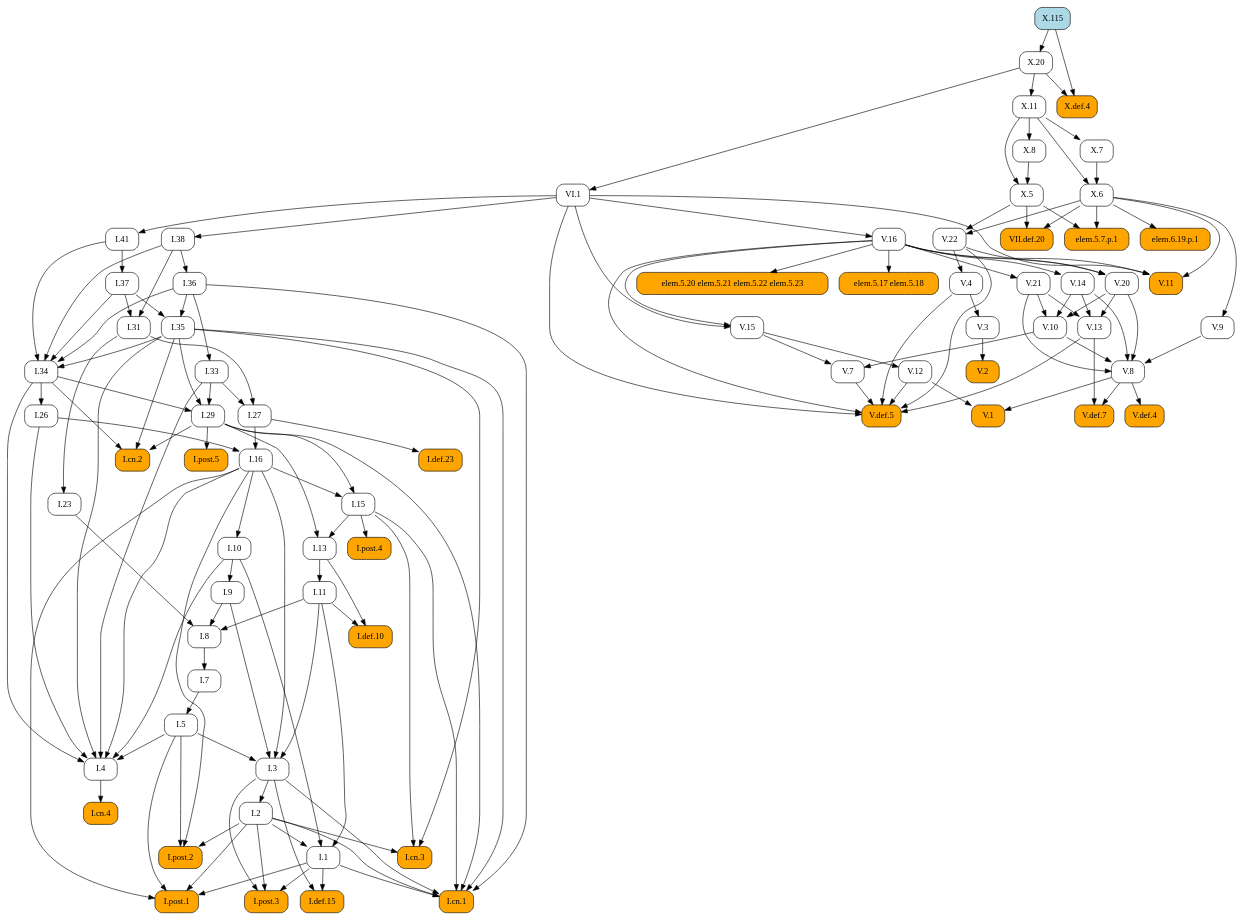
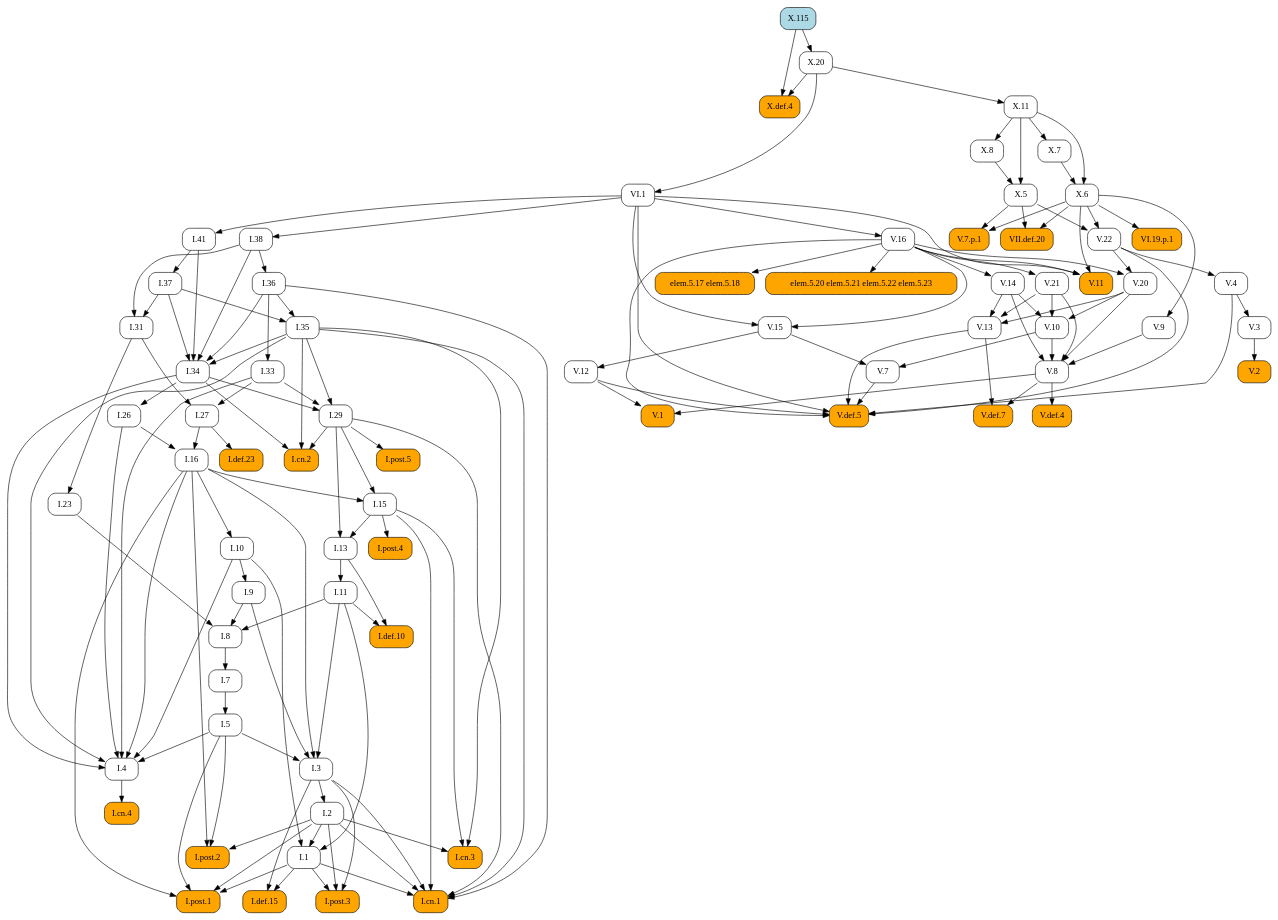
Before and after one commit to geometor/elements: the diagram in docsrc/heath/X/115/index.rst, drawn with Graphviz. The commit also changed 484 other files, not shown here.

```diff
--- a/docsrc/heath/X/115/index.rst
+++ b/docsrc/heath/X/115/index.rst
@@ -39,84 +39,167 @@
    digraph {
      rankdir="TB";
      node [shape=box, style=rounded];
+     "I.23" [URL="/heath/I/23/", target="_top"];
+     "I.9" [URL="/heath/I/9/", target="_top"];
+     "I.def.15" [style="rounded,filled", fillcolor=orange, URL="/heath/I/def.15/", target="_top"];
+     "V.13" [URL="/heath/V/13/", target="_top"];
+     "V.7" [URL="/heath/V/7/", target="_top"];
+     "elem.5.17 elem.5.18" [style="rounded,filled", fillcolor=orange];
+     "V.7.p.1" [style="rounded,filled", fillcolor=orange];
+     "I.post.1" [style="rounded,filled", fillcolor=orange, URL="/heath/I/post.1/", target="_top"];
+     "V.14" [URL="/heath/V/14/", target="_top"];
+     "X.6" [URL="/heath/X/6/", target="_top"];
+     "V.9" [URL="/heath/V/9/", target="_top"];
+     "I.31" [URL="/heath/I/31/", target="_top"];
+     "V.10" [URL="/heath/V/10/", target="_top"];
      "I.def.10" [style="rounded,filled", fillcolor=orange, URL="/heath/I/def.10/", target="_top"];
+     "V.4" [URL="/heath/V/4/", target="_top"];
+     "X.def.4" [style="rounded,filled", fillcolor=orange, URL="/heath/X/def.4/", target="_top"];
+     "VI.1" [URL="/heath/VI/1/", target="_top"];
+     "V.11" [style="rounded,filled", fillcolor=orange, URL="/heath/V/11/", target="_top"];
+     "X.20" [URL="/heath/X/20/", target="_top"];
+     "I.34" [URL="/heath/I/34/", target="_top"];
+     "VII.def.20" [style="rounded,filled", fillcolor=orange, URL="/heath/VII/def.20/", target="_top"];
+     "I.3" [URL="/heath/I/3/", target="_top"];
+     "V.def.4" [style="rounded,filled", fillcolor=orange, URL="/heath/V/def.4/", target="_top"];
+     "V.def.7" [style="rounded,filled", fillcolor=orange, URL="/heath/V/def.7/", target="_top"];
+     "V.21" [URL="/heath/V/21/", target="_top"];
+     "I.2" [URL="/heath/I/2/", target="_top"];
+     "V.3" [URL="/heath/V/3/", target="_top"];
+     "I.13" [URL="/heath/I/13/", target="_top"];
+     "I.post.4" [style="rounded,filled", fillcolor=orange, URL="/heath/I/post.4/", target="_top"];
+     "I.4" [URL="/heath/I/4/", target="_top"];
+     "I.1" [URL="/heath/I/1/", target="_top"];
+     "I.8" [URL="/heath/I/8/", target="_top"];
+     "I.29" [URL="/heath/I/29/", target="_top"];
+     "I.38" [URL="/heath/I/38/", target="_top"];
+     "V.8" [URL="/heath/V/8/", target="_top"];
+     "I.15" [URL="/heath/I/15/", target="_top"];
+     "I.10" [URL="/heath/I/10/", target="_top"];
      "I.11" [URL="/heath/I/11/", target="_top"];
-     "I.post.4" [style="rounded,filled", fillcolor=orange, URL="/heath/I/post.4/", target="_top"];
-     "I.1" [URL="/heath/I/1/", target="_top"];
+     "I.def.23" [style="rounded,filled", fillcolor=orange, URL="/heath/I/def.23/", target="_top"];
+     "I.26" [URL="/heath/I/26/", target="_top"];
+     "V.16" [URL="/heath/V/16/", target="_top"];
+     "I.33" [URL="/heath/I/33/", target="_top"];
+     "X.11" [URL="/heath/X/11/", target="_top"];
+     "X.8" [URL="/heath/X/8/", target="_top"];
+     "I.post.3" [style="rounded,filled", fillcolor=orange, URL="/heath/I/post.3/", target="_top"];
      "V.def.5" [style="rounded,filled", fillcolor=orange, URL="/heath/V/def.5/", target="_top"];
-     "V.13" [URL="/heath/V/13/", target="_top"];
-     "V.11" [style="rounded,filled", fillcolor=orange, URL="/heath/V/11/", target="_top"];
-     "I.post.3" [style="rounded,filled", fillcolor=orange, URL="/heath/I/post.3/", target="_top"];
-     "VI.1" [URL="/heath/VI/1/", target="_top"];
+     "X.115" [style="rounded,filled", fillcolor=lightblue, URL="/heath/X/115/", target="_top"];
+     "V.20" [URL="/heath/V/20/", target="_top"];
+     "I.27" [URL="/heath/I/27/", target="_top"];
+     "V.12" [URL="/heath/V/12/", target="_top"];
+     "I.35" [URL="/heath/I/35/", target="_top"];
+     "I.cn.1" [style="rounded,filled", fillcolor=orange, URL="/heath/I/cn.1/", target="_top"];
+     "V.2" [style="rounded,filled", fillcolor=orange, URL="/heath/V/2/", target="_top"];
+     "I.7" [URL="/heath/I/7/", target="_top"];
+     "I.36" [URL="/heath/I/36/", target="_top"];
+     "X.5" [URL="/heath/X/5/", target="_top"];
+     "I.5" [URL="/heath/I/5/", target="_top"];
+     "I.37" [URL="/heath/I/37/", target="_top"];
+     "VI.19.p.1" [style="rounded,filled", fillcolor=orange];
      "I.cn.3" [style="rounded,filled", fillcolor=orange, URL="/heath/I/cn.3/", target="_top"];
-     "V.16" [URL="/heath/V/16/", target="_top"];
-     "V.3" [URL="/heath/V/3/", target="_top"];
+     "I.16" [URL="/heath/I/16/", target="_top"];
      "X.7" [URL="/heath/X/7/", target="_top"];
+     "V.22" [URL="/heath/V/22/", target="_top"];
+     "V.1" [style="rounded,filled", fillcolor=orange, URL="/heath/V/1/", target="_top"];
+     "I.cn.2" [style="rounded,filled", fillcolor=orange, URL="/heath/I/cn.2/", target="_top"];
+     "I.post.5" [style="rounded,filled", fillcolor=orange, URL="/heath/I/post.5/", target="_top"];
+     "I.cn.4" [style="rounded,filled", fillcolor=orange, URL="/heath/I/cn.4/", target="_top"];
      "I.41" [URL="/heath/I/41/", target="_top"];
-     "I.36" [URL="/heath/I/36/", target="_top"];
-     "I.27" [URL="/heath/I/27/", target="_top"];
-     "V.8" [URL="/heath/V/8/", target="_top"];
-     "I.37" [URL="/heath/I/37/", target="_top"];
-     "I.34" [URL="/heath/I/34/", target="_top"];
-     "I.2" [URL="/heath/I/2/", target="_top"];
-     "I.def.23" [style="rounded,filled", fillcolor=orange, URL="/heath/I/def.23/", target="_top"];
-     "I.33" [URL="/heath/I/33/", target="_top"];
+     "V.15" [URL="/heath/V/15/", target="_top"];
      "I.post.2" [style="rounded,filled", fillcolor=orange, URL="/heath/I/post.2/", target="_top"];
      "elem.5.20 elem.5.21 elem.5.22 elem.5.23" [style="rounded,filled", fillcolor=orange];
-     "I.9" [URL="/heath/I/9/", target="_top"];
-     "X.def.4" [style="rounded,filled", fillcolor=orange, URL="/heath/X/def.4/", target="_top"];
-     "I.cn.4" [style="rounded,filled", fillcolor=orange, URL="/heath/I/cn.4/", target="_top"];
-     "V.def.4" [style="rounded,filled", fillcolor=orange, URL="/heath/V/def.4/", target="_top"];
-     "I.15" [URL="/heath/I/15/", target="_top"];
-     "I.38" [URL="/heath/I/38/", target="_top"];
-     "V.def.7" [style="rounded,filled", fillcolor=orange, URL="/heath/V/def.7/", target="_top"];
-     "X.115" [style="rounded,filled", fillcolor=lightblue, URL="/heath/X/115/", target="_top"];
-     "VII.def.20" [style="rounded,filled", fillcolor=orange, URL="/heath/VII/def.20/", target="_top"];
-     "I.5" [URL="/heath/I/5/", target="_top"];
-     "V.21" [URL="/heath/V/21/", target="_top"];
-     "I.26" [URL="/heath/I/26/", target="_top"];
-     "V.14" [URL="/heath/V/14/", target="_top"];
-     "I.29" [URL="/heath/I/29/", target="_top"];
-     "V.12" [URL="/heath/V/12/", target="_top"];
-     "V.22" [URL="/heath/V/22/", target="_top"];
-     "I.cn.2" [style="rounded,filled", fillcolor=orange, URL="/heath/I/cn.2/", target="_top"];
-     "X.6" [URL="/heath/X/6/", target="_top"];
-     "X.8" [URL="/heath/X/8/", target="_top"];
-     "V.20" [URL="/heath/V/20/", target="_top"];
-     "V.10" [URL="/heath/V/10/", target="_top"];
-     "I.def.15" [style="rounded,filled", fillcolor=orange, URL="/heath/I/def.15/", target="_top"];
-     "V.15" [URL="/heath/V/15/", target="_top"];
-     "I.cn.1" [style="rounded,filled", fillcolor=orange, URL="/heath/I/cn.1/", target="_top"];
-     "V.7" [URL="/heath/V/7/", target="_top"];
-     "V.9" [URL="/heath/V/9/", target="_top"];
-     "I.23" [URL="/heath/I/23/", target="_top"];
-     "I.post.1" [style="rounded,filled", fillcolor=orange, URL="/heath/I/post.1/", target="_top"];
-     "elem.6.19.p.1" [style="rounded,filled", fillcolor=orange];
-     "I.35" [URL="/heath/I/35/", target="_top"];
-     "I.7" [URL="/heath/I/7/", target="_top"];
-     "X.20" [URL="/heath/X/20/", target="_top"];
-     "I.3" [URL="/heath/I/3/", target="_top"];
-     "I.4" [URL="/heath/I/4/", target="_top"];
-     "I.13" [URL="/heath/I/13/", target="_top"];
-     "V.4" [URL="/heath/V/4/", target="_top"];
-     "elem.5.7.p.1" [style="rounded,filled", fillcolor=orange];
-     "I.31" [URL="/heath/I/31/", target="_top"];
-     "V.1" [style="rounded,filled", fillcolor=orange, URL="/heath/V/1/", target="_top"];
-     "I.16" [URL="/heath/I/16/", target="_top"];
-     "elem.5.17 elem.5.18" [style="rounded,filled", fillcolor=orange];
-     "X.5" [URL="/heath/X/5/", target="_top"];
-     "X.11" [URL="/heath/X/11/", target="_top"];
-     "I.8" [URL="/heath/I/8/", target="_top"];
-     "V.2" [style="rounded,filled", fillcolor=orange, URL="/heath/V/2/", target="_top"];
-     "I.post.5" [style="rounded,filled", fillcolor=orange, URL="/heath/I/post.5/", target="_top"];
-     "I.10" [URL="/heath/I/10/", target="_top"];
+     "I.31" -> "I.23";
+     "I.10" -> "I.9";
+     "I.1" -> "I.def.15";
+     "I.3" -> "I.def.15";
+     "V.14" -> "V.13";
+     "V.20" -> "V.13";
+     "V.21" -> "V.13";
+     "V.10" -> "V.7";
+     "V.15" -> "V.7";
+     "V.16" -> "elem.5.17 elem.5.18";
+     "X.5" -> "V.7.p.1";
+     "X.6" -> "V.7.p.1";
+     "I.1" -> "I.post.1";
+     "I.2" -> "I.post.1";
+     "I.5" -> "I.post.1";
+     "I.16" -> "I.post.1";
+     "V.16" -> "V.14";
+     "X.7" -> "X.6";
+     "X.11" -> "X.6";
+     "X.6" -> "V.9";
+     "I.37" -> "I.31";
+     "I.38" -> "I.31";
+     "V.14" -> "V.10";
+     "V.20" -> "V.10";
+     "V.21" -> "V.10";
      "I.11" -> "I.def.10";
      "I.13" -> "I.def.10";
-     "I.13" -> "I.11";
+     "V.22" -> "V.4";
+     "X.20" -> "X.def.4";
+     "X.115" -> "X.def.4";
+     "X.20" -> "VI.1";
+     "V.16" -> "V.11";
+     "VI.1" -> "V.11";
+     "X.6" -> "V.11";
+     "X.115" -> "X.20";
+     "I.35" -> "I.34";
+     "I.36" -> "I.34";
+     "I.37" -> "I.34";
+     "I.38" -> "I.34";
+     "I.41" -> "I.34";
+     "X.5" -> "VII.def.20";
+     "X.6" -> "VII.def.20";
+     "I.5" -> "I.3";
+     "I.9" -> "I.3";
+     "I.11" -> "I.3";
+     "I.16" -> "I.3";
+     "V.8" -> "V.def.4";
+     "V.8" -> "V.def.7";
+     "V.13" -> "V.def.7";
+     "V.16" -> "V.21";
+     "I.3" -> "I.2";
+     "V.4" -> "V.3";
+     "I.15" -> "I.13";
+     "I.29" -> "I.13";
      "I.15" -> "I.post.4";
+     "I.5" -> "I.4";
+     "I.10" -> "I.4";
+     "I.16" -> "I.4";
+     "I.26" -> "I.4";
+     "I.33" -> "I.4";
+     "I.34" -> "I.4";
+     "I.35" -> "I.4";
      "I.2" -> "I.1";
      "I.10" -> "I.1";
      "I.11" -> "I.1";
+     "I.9" -> "I.8";
+     "I.11" -> "I.8";
+     "I.23" -> "I.8";
+     "I.33" -> "I.29";
+     "I.34" -> "I.29";
+     "I.35" -> "I.29";
+     "VI.1" -> "I.38";
+     "V.9" -> "V.8";
+     "V.10" -> "V.8";
+     "V.14" -> "V.8";
+     "V.20" -> "V.8";
+     "V.21" -> "V.8";
+     "I.16" -> "I.15";
+     "I.29" -> "I.15";
+     "I.16" -> "I.10";
+     "I.13" -> "I.11";
+     "I.27" -> "I.def.23";
+     "I.34" -> "I.26";
+     "VI.1" -> "V.16";
+     "I.36" -> "I.33";
+     "X.20" -> "X.11";
+     "X.11" -> "X.8";
+     "I.1" -> "I.post.3";
+     "I.2" -> "I.post.3";
+     "I.3" -> "I.post.3";
      "V.4" -> "V.def.5";
      "V.7" -> "V.def.5";
      "V.12" -> "V.def.5";
@@ -124,81 +207,13 @@
      "V.16" -> "V.def.5";
      "V.22" -> "V.def.5";
      "VI.1" -> "V.def.5";
-     "V.14" -> "V.13";
-     "V.20" -> "V.13";
-     "V.21" -> "V.13";
-     "V.16" -> "V.11";
-     "VI.1" -> "V.11";
-     "X.6" -> "V.11";
-     "I.1" -> "I.post.3";
-     "I.2" -> "I.post.3";
-     "I.3" -> "I.post.3";
-     "X.20" -> "VI.1";
-     "I.2" -> "I.cn.3";
-     "I.15" -> "I.cn.3";
-     "I.35" -> "I.cn.3";
-     "VI.1" -> "V.16";
-     "V.4" -> "V.3";
-     "X.11" -> "X.7";
-     "VI.1" -> "I.41";
-     "I.38" -> "I.36";
+     "V.16" -> "V.20";
+     "V.22" -> "V.20";
      "I.31" -> "I.27";
      "I.33" -> "I.27";
-     "V.9" -> "V.8";
-     "V.10" -> "V.8";
-     "V.14" -> "V.8";
-     "V.20" -> "V.8";
-     "V.21" -> "V.8";
-     "I.41" -> "I.37";
-     "I.35" -> "I.34";
-     "I.36" -> "I.34";
-     "I.37" -> "I.34";
-     "I.38" -> "I.34";
-     "I.41" -> "I.34";
-     "I.3" -> "I.2";
-     "I.27" -> "I.def.23";
-     "I.36" -> "I.33";
-     "I.2" -> "I.post.2";
-     "I.5" -> "I.post.2";
-     "I.16" -> "I.post.2";
-     "V.16" -> "elem.5.20 elem.5.21 elem.5.22 elem.5.23";
-     "I.10" -> "I.9";
-     "X.20" -> "X.def.4";
-     "X.115" -> "X.def.4";
-     "I.4" -> "I.cn.4";
-     "V.8" -> "V.def.4";
-     "I.16" -> "I.15";
-     "I.29" -> "I.15";
-     "VI.1" -> "I.38";
-     "V.8" -> "V.def.7";
-     "V.13" -> "V.def.7";
-     "X.5" -> "VII.def.20";
-     "X.6" -> "VII.def.20";
-     "I.7" -> "I.5";
-     "V.16" -> "V.21";
-     "I.34" -> "I.26";
-     "V.16" -> "V.14";
-     "I.33" -> "I.29";
-     "I.34" -> "I.29";
-     "I.35" -> "I.29";
      "V.15" -> "V.12";
-     "X.5" -> "V.22";
-     "X.6" -> "V.22";
-     "I.29" -> "I.cn.2";
-     "I.34" -> "I.cn.2";
-     "I.35" -> "I.cn.2";
-     "X.7" -> "X.6";
-     "X.11" -> "X.6";
-     "X.11" -> "X.8";
-     "V.16" -> "V.20";
-     "V.22" -> "V.20";
-     "V.14" -> "V.10";
-     "V.20" -> "V.10";
-     "V.21" -> "V.10";
-     "I.1" -> "I.def.15";
-     "I.3" -> "I.def.15";
-     "V.16" -> "V.15";
-     "VI.1" -> "V.15";
+     "I.36" -> "I.35";
+     "I.37" -> "I.35";
      "I.1" -> "I.cn.1";
      "I.2" -> "I.cn.1";
      "I.3" -> "I.cn.1";
@@ -206,49 +221,34 @@
      "I.29" -> "I.cn.1";
      "I.35" -> "I.cn.1";
      "I.36" -> "I.cn.1";
-     "V.10" -> "V.7";
-     "V.15" -> "V.7";
-     "X.6" -> "V.9";
-     "I.31" -> "I.23";
-     "I.1" -> "I.post.1";
-     "I.2" -> "I.post.1";
-     "I.5" -> "I.post.1";
-     "I.16" -> "I.post.1";
-     "X.6" -> "elem.6.19.p.1";
-     "I.36" -> "I.35";
-     "I.37" -> "I.35";
+     "V.3" -> "V.2";
      "I.8" -> "I.7";
-     "X.115" -> "X.20";
-     "I.5" -> "I.3";
-     "I.9" -> "I.3";
-     "I.11" -> "I.3";
-     "I.16" -> "I.3";
-     "I.5" -> "I.4";
-     "I.10" -> "I.4";
-     "I.16" -> "I.4";
-     "I.26" -> "I.4";
-     "I.33" -> "I.4";
-     "I.34" -> "I.4";
-     "I.35" -> "I.4";
-     "I.15" -> "I.13";
-     "I.29" -> "I.13";
-     "V.22" -> "V.4";
-     "X.5" -> "elem.5.7.p.1";
-     "X.6" -> "elem.5.7.p.1";
-     "I.37" -> "I.31";
-     "I.38" -> "I.31";
+     "I.38" -> "I.36";
+     "X.8" -> "X.5";
+     "X.11" -> "X.5";
+     "I.7" -> "I.5";
+     "I.41" -> "I.37";
+     "X.6" -> "VI.19.p.1";
+     "I.2" -> "I.cn.3";
+     "I.15" -> "I.cn.3";
+     "I.35" -> "I.cn.3";
+     "I.26" -> "I.16";
+     "I.27" -> "I.16";
+     "X.11" -> "X.7";
+     "X.5" -> "V.22";
+     "X.6" -> "V.22";
      "V.8" -> "V.1";
      "V.12" -> "V.1";
-     "I.26" -> "I.16";
-     "I.27" -> "I.16";
-     "V.16" -> "elem.5.17 elem.5.18";
-     "X.8" -> "X.5";
-     "X.11" -> "X.5";
-     "X.20" -> "X.11";
-     "I.9" -> "I.8";
-     "I.11" -> "I.8";
-     "I.23" -> "I.8";
-     "V.3" -> "V.2";
+     "I.29" -> "I.cn.2";
+     "I.34" -> "I.cn.2";
+     "I.35" -> "I.cn.2";
      "I.29" -> "I.post.5";
-     "I.16" -> "I.10";
+     "I.4" -> "I.cn.4";
+     "VI.1" -> "I.41";
+     "V.16" -> "V.15";
+     "VI.1" -> "V.15";
+     "I.2" -> "I.post.2";
+     "I.5" -> "I.post.2";
+     "I.16" -> "I.post.2";
+     "V.16" -> "elem.5.20 elem.5.21 elem.5.22 elem.5.23";
    }
```
